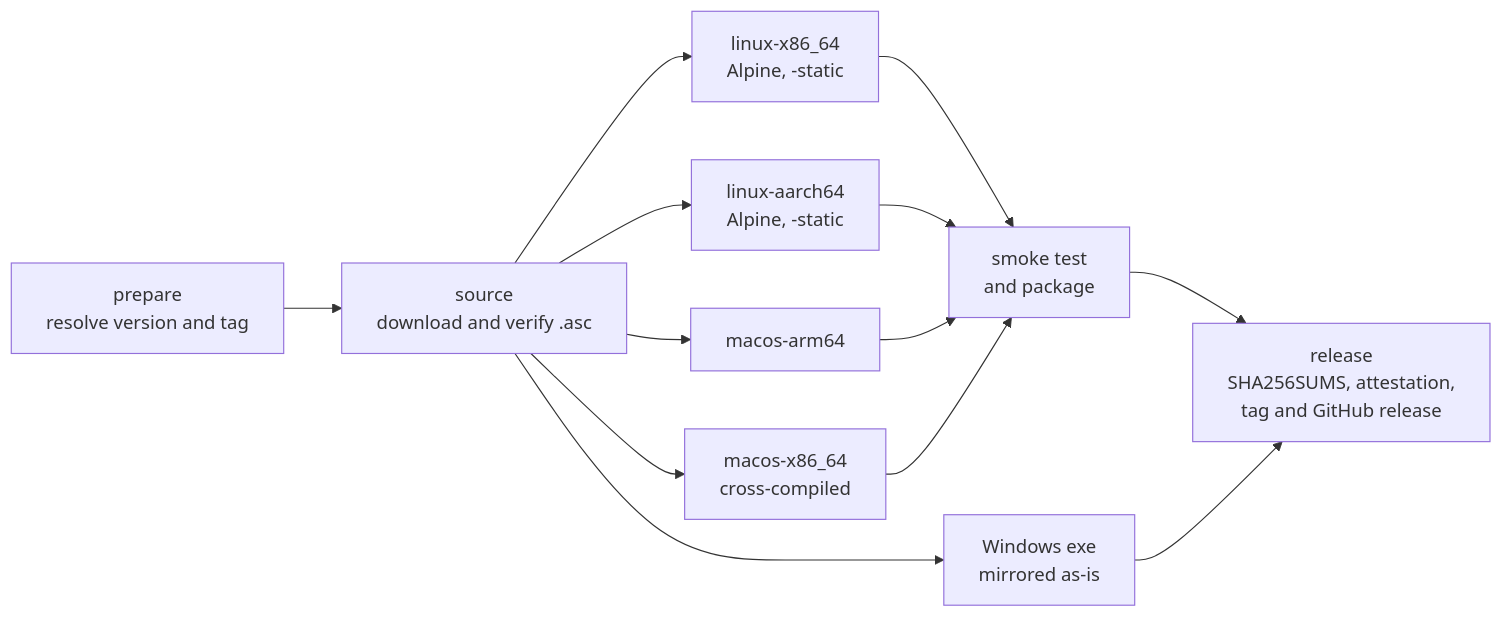
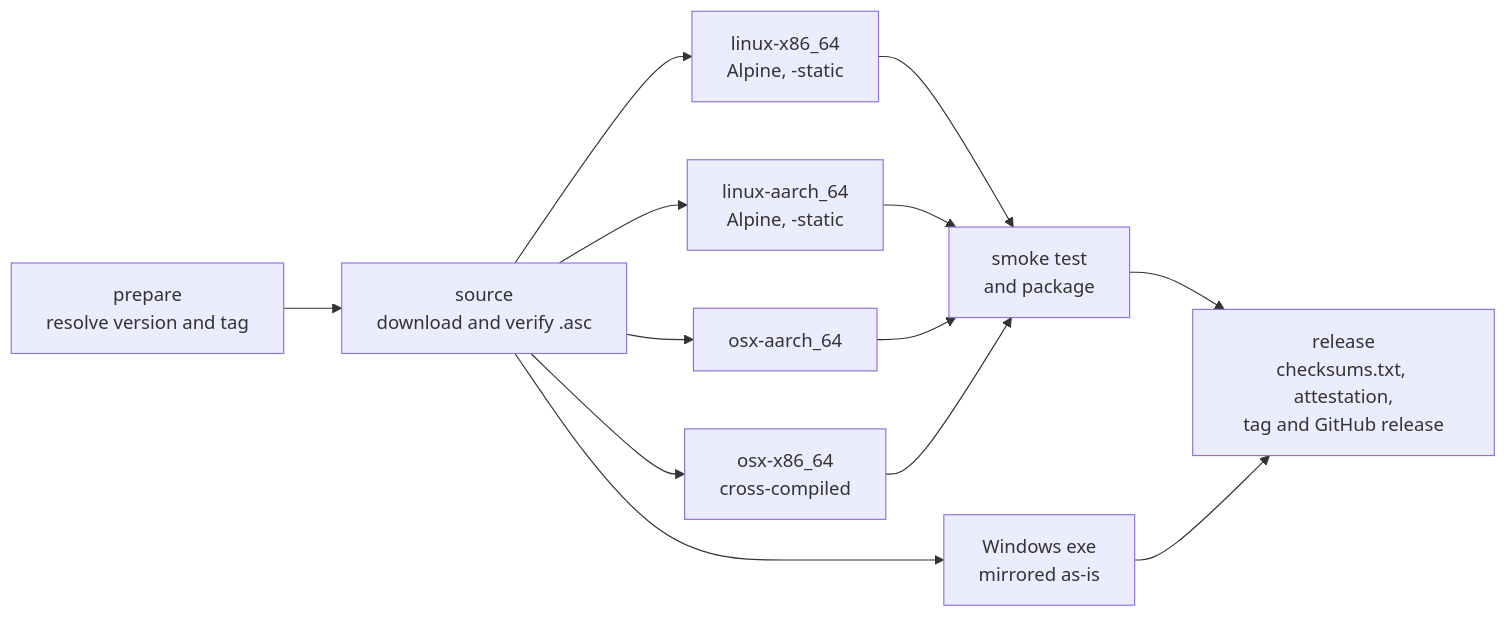
The first of 2 diagrams in README.md (be-hase/thrift-compiler-binaries), drawn with Mermaid before and after one commit. The commit also changed other lines of this file and 4 other files, not shown here.

````diff
--- a/README.md
+++ b/README.md
@@ -88,11 +91,11 @@
 ```mermaid
 flowchart LR
     prepare["prepare<br/>resolve version and tag"] --> source["source<br/>download and verify .asc"]
     source --> lx["linux-x86_64<br/>Alpine, -static"]
-    source --> la["linux-aarch64<br/>Alpine, -static"]
-    source --> ma["macos-arm64"]
-    source --> mx["macos-x86_64<br/>cross-compiled"]
+    source --> la["linux-aarch_64<br/>Alpine, -static"]
+    source --> ma["osx-aarch_64"]
+    source --> mx["osx-x86_64<br/>cross-compiled"]
     source --> win["Windows exe<br/>mirrored as-is"]
     lx & la & ma & mx --> smoke["smoke test<br/>and package"]
-    smoke & win --> release["release<br/>SHA256SUMS, attestation,<br/>tag and GitHub release"]
+    smoke & win --> release["release<br/>checksums.txt, attestation,<br/>tag and GitHub release"]
 ```
````
